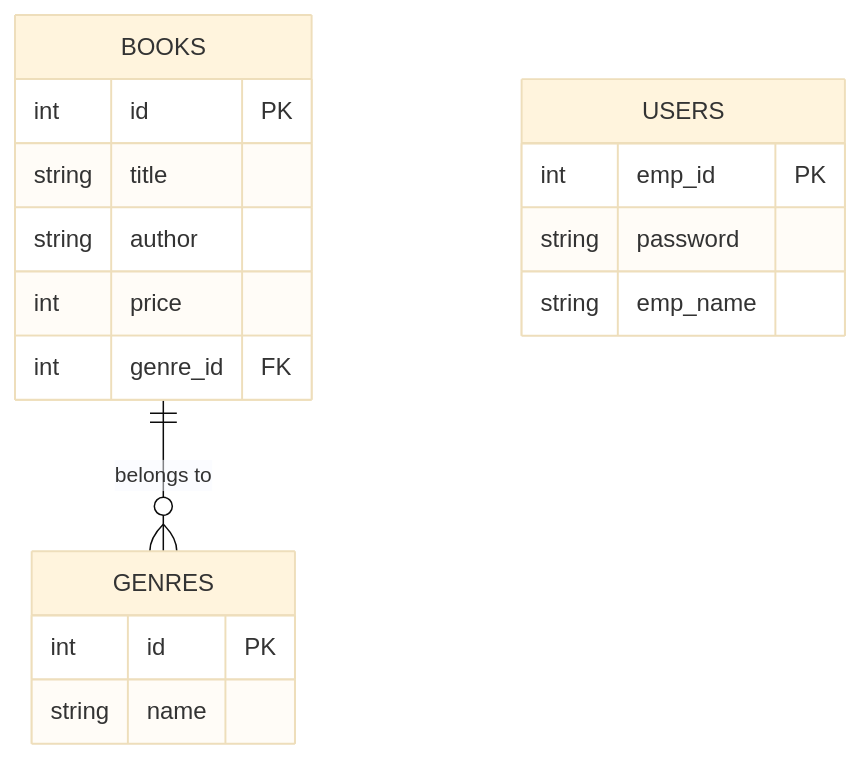
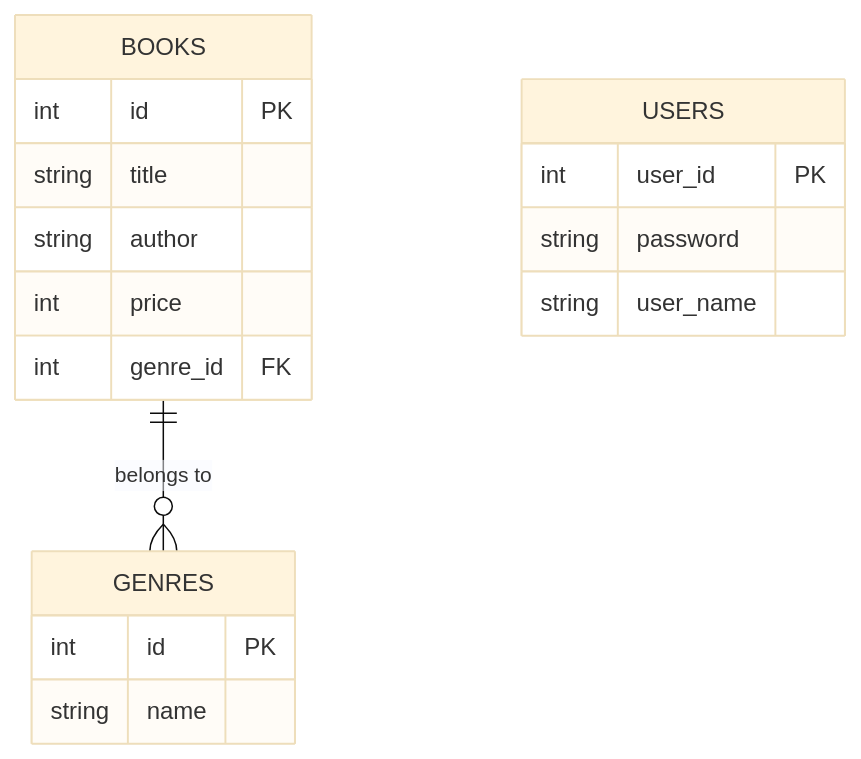
The seventh of 7 diagrams in docs/Comprehensive_Design_Specification.md (juyeongjung1/springboot_personal_practice), drawn with Mermaid (base theme) before and after one commit. The commit also changed other lines of this file and 6 other files, not shown here.

Commit message:
演習ガイド改善、第4・5章ビジュアル検証、全体設計書の最新化(ER図修正・画像刷新)

````diff
--- a/docs/Comprehensive_Design_Specification.md
+++ b/docs/Comprehensive_Design_Specification.md
@@ -163,20 +167,20 @@
 ```mermaid
 erDiagram
     BOOKS ||--o{ GENRES : "belongs to"
     BOOKS {
         int id PK
         string title
         string author
         int price
         int genre_id FK
     }
     GENRES {
         int id PK
         string name
     }
     USERS {
-        int emp_id PK
+        int user_id PK
         string password
-        string emp_name
+        string user_name
     }
 ```
````
